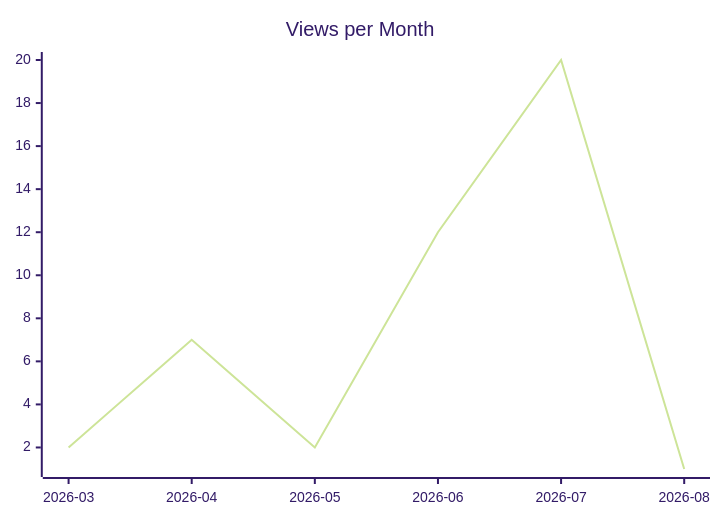
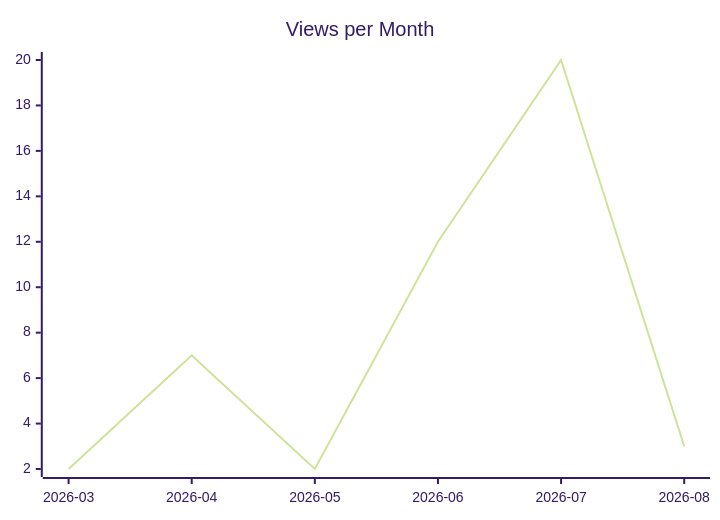
Before and after one commit to justdavis-family/github-analytics-data: the second of 3 diagrams in karlmdavis/fhir-benchmarks/README.md, drawn with Mermaid (forest theme). The commit also changed other lines of this file and 156 other files, not shown here.

````diff
--- a/karlmdavis/fhir-benchmarks/README.md
+++ b/karlmdavis/fhir-benchmarks/README.md
@@ -12,6 +12,6 @@
 ```mermaid
 xychart-beta
   title "Views per Month"
   x-axis ["2026-03", "2026-04", "2026-05", "2026-06", "2026-07", "2026-08"]
-  line [2, 7, 2, 12, 20, 1]
+  line [2, 7, 2, 12, 20, 3]
 ```
````
